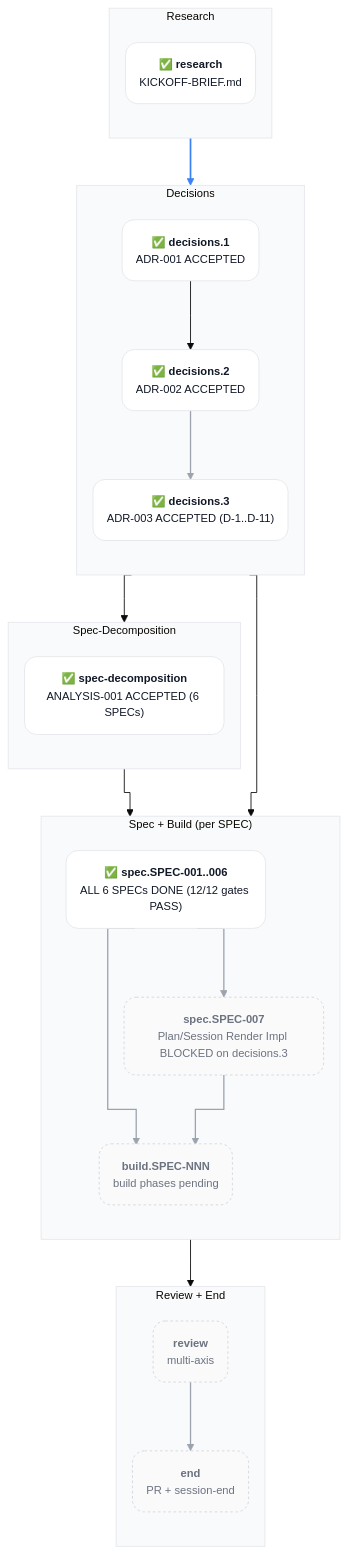
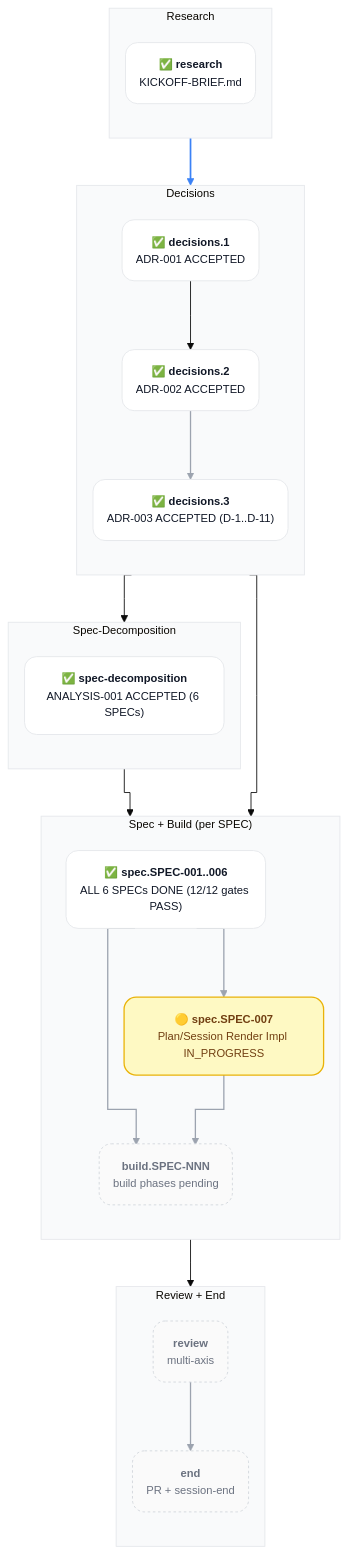
The first of 11 diagrams in docs/planning/PLAN-001-skills-ecosystem.md (acmelabs-15/skills), drawn with Mermaid before and after one commit. The commit also changed other lines of this file and 1 other file, not shown here.

First line of the commit message:
plan(plan-001): spec.SPEC-007 READY → IN_PROGRESS

````diff
--- a/docs/planning/PLAN-001-skills-ecosystem.md
+++ b/docs/planning/PLAN-001-skills-ecosystem.md
@@ -82,57 +82,58 @@
 ```mermaid
 %%{init: {'theme':'base','flowchart':{'curve':'stepAfter','nodeSpacing':18,'rankSpacing':55,'padding':16,'diagramPadding':20,'htmlLabels':true},'themeVariables':{'fontFamily':'-apple-system, BlinkMacSystemFont, system-ui, sans-serif','fontSize':'13px','clusterBkg':'#f9fafb','clusterBorder':'#e5e7eb'},'themeCSS':'.edgePath path, .flowchart-link { stroke-linejoin: round !important; stroke-linecap: round !important; } .cluster-label .nodeLabel { font-family: ui-monospace, SFMono-Regular, Menlo, monospace !important; font-size: 11px !important; font-weight: 600 !important; letter-spacing: 0.1em !important; text-transform: uppercase !important; color: #6b7280 !important; }'}}%%
 graph TD
 
   classDef done fill:#ffffff,stroke:#e5e7eb,stroke-width:1px,color:#111827,rx:14,ry:14
   classDef pending fill:#fafafa,stroke:#d1d5db,stroke-width:1px,color:#6b7280,stroke-dasharray:3 3,rx:14,ry:14
 
   subgraph R ["Research"]
     direction TB
     research("✅ <b>research</b><br/><span style='color:#6b7280;font-size:11px'>KICKOFF-BRIEF.md</span>")
   end
 
   subgraph D ["Decisions"]
     direction TB
     d1("✅ <b>decisions.1</b><br/><span style='color:#6b7280;font-size:11px'>ADR-001 ACCEPTED</span>")
     d2("✅ <b>decisions.2</b><br/><span style='color:#6b7280;font-size:11px'>ADR-002 ACCEPTED</span>")
     d3("✅ <b>decisions.3</b><br/><span style='color:#6b7280;font-size:11px'>ADR-003 ACCEPTED (D-1..D-11)</span>")
     d2 --> d3
   end
 
   subgraph S ["Spec-Decomposition"]
     direction TB
     sd("✅ <b>spec-decomposition</b><br/><span style='color:#6b7280;font-size:11px'>ANALYSIS-001 ACCEPTED (6 SPECs)</span>")
   end
 
   subgraph SB ["Spec + Build (per SPEC)"]
     direction TB
     spec_n("✅ <b>spec.SPEC-001..006</b><br/><span style='color:#6b7280;font-size:11px'>ALL 6 SPECs DONE (12/12 gates PASS)</span>")
-    spec_007("<b>spec.SPEC-007</b><br/><span style='color:#6b7280;font-size:11px'>Plan/Session Render Impl BLOCKED on decisions.3</span>")
+    spec_007("🟡 <b>spec.SPEC-007</b><br/><span style='color:#6b7280;font-size:11px'>Plan/Session Render Impl IN_PROGRESS</span>")
     build_n("<b>build.SPEC-NNN</b><br/><span style='color:#6b7280;font-size:11px'>build phases pending</span>")
     spec_n --> spec_007
     spec_n --> build_n
     spec_007 --> build_n
   end
 
   subgraph RE ["Review + End"]
     direction TB
     review("<b>review</b><br/><span style='color:#6b7280;font-size:11px'>multi-axis</span>")
     fin("<b>end</b><br/><span style='color:#6b7280;font-size:11px'>PR + session-end</span>")
     review --> fin
   end
 
   research --> d1
   d1 --> d2
   d2 --> sd
   sd --> spec_n
   d3 --> spec_007
   build_n --> review
 
   class research,d1,d2,sd,spec_n done
   class d3 done
-  class spec_007,build_n,review,fin pending
+  class spec_007 inprogress
+  class build_n,review,fin pending
   classDef inprogress fill:#fef9c3,stroke:#eab308,stroke-width:1.5px,color:#713f12,rx:14,ry:14
 
   linkStyle 0,1,2,3,4 stroke:#9ca3af,stroke-width:1.5px
   linkStyle 5 stroke:#3b82f6,stroke-width:2px
 ```
````
